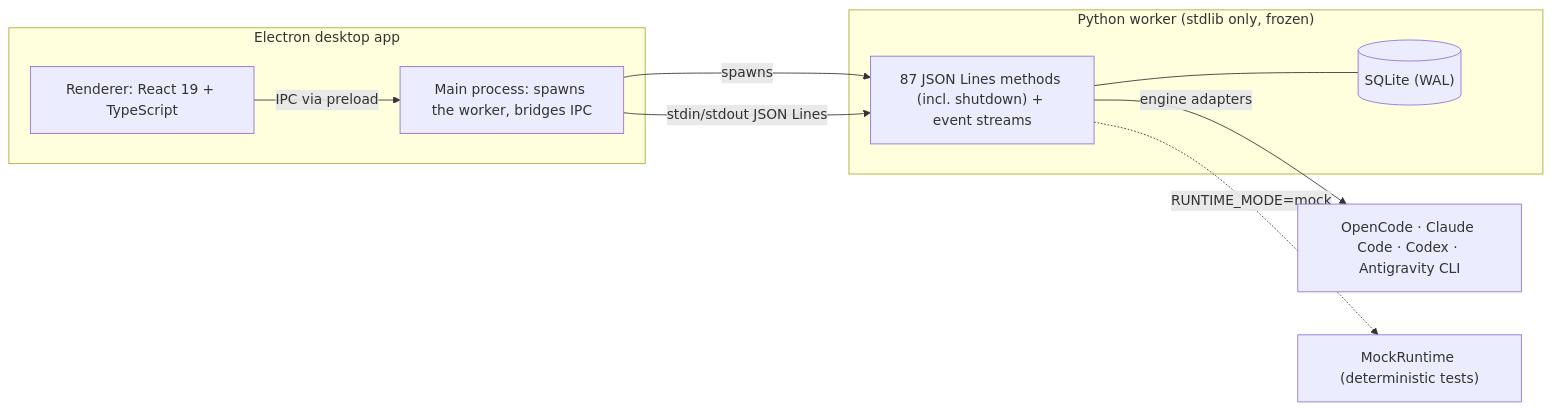
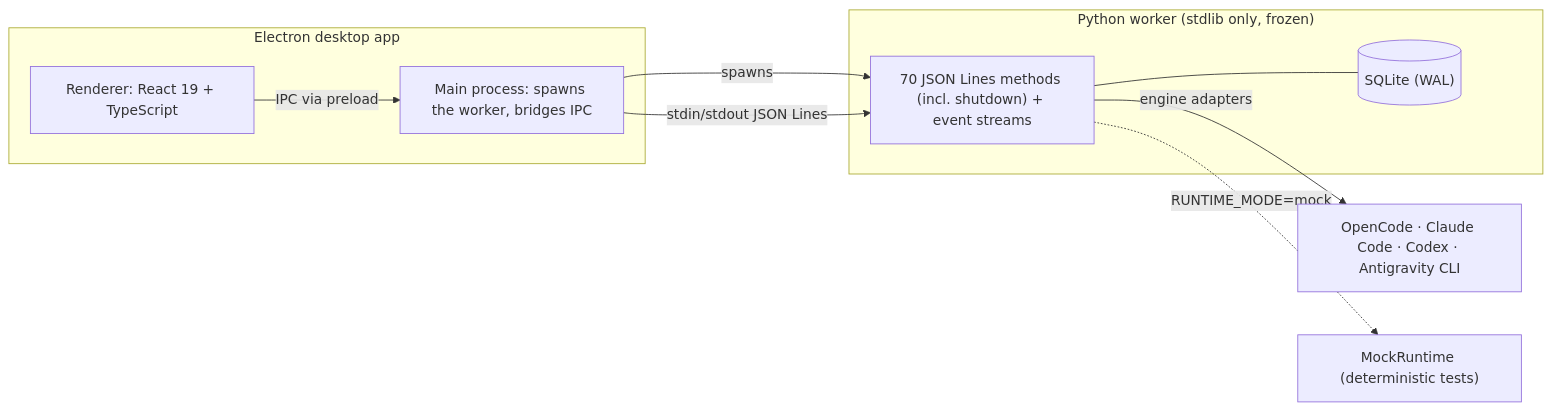
Before and after one commit to yossefbehairy/Loqman: the first of 4 diagrams in README.md, drawn with Mermaid. The commit also changed other lines of this file and 20 other files, not shown here.

````diff
--- a/README.md
+++ b/README.md
@@ -31,19 +31,19 @@
 ```mermaid
 flowchart LR
     subgraph Desktop["Electron desktop app"]
         Main["Main process: spawns the worker, bridges IPC"]
         Renderer["Renderer: React 19 + TypeScript"]
     end
     subgraph Sidecar["Python worker (stdlib only, frozen)"]
-        API["87 JSON Lines methods (incl. shutdown) + event streams"]
+        API["70 JSON Lines methods (incl. shutdown) + event streams"]
         DB[("SQLite (WAL)")]
         API --- DB
     end
     Engines["OpenCode · Claude Code · Codex · Antigravity CLI"]
     Mock["MockRuntime (deterministic tests)"]
     Main -->|spawns| API
     Renderer -->|"IPC via preload"| Main
     Main -->|"stdin/stdout JSON Lines"| API
     API -->|"engine adapters"| Engines
     API -.->|"RUNTIME_MODE=mock"| Mock
 ```
````
